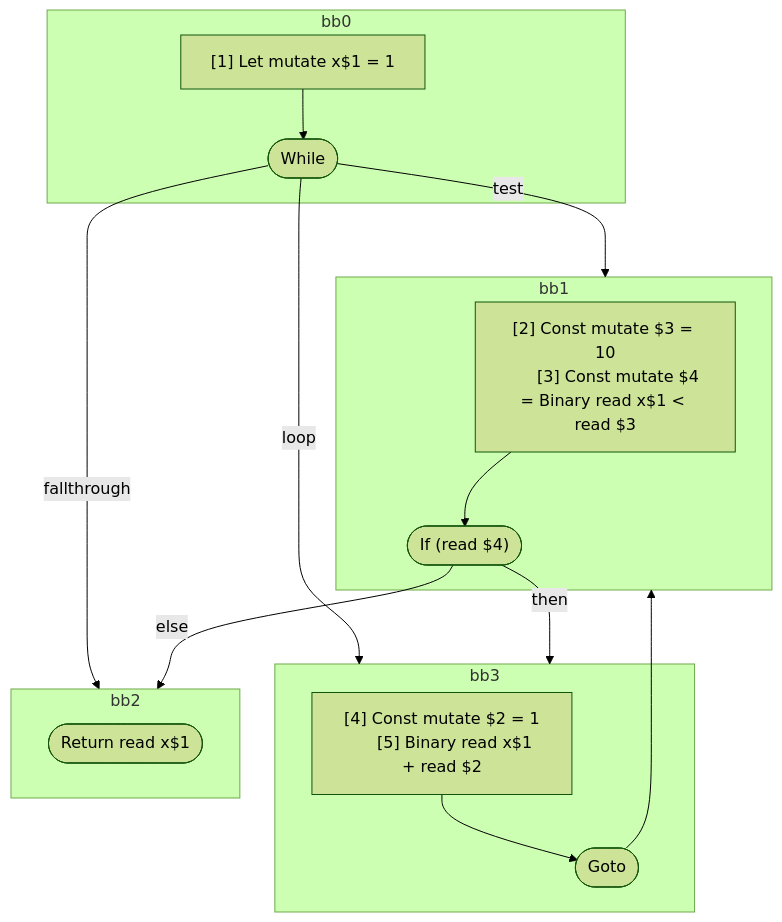
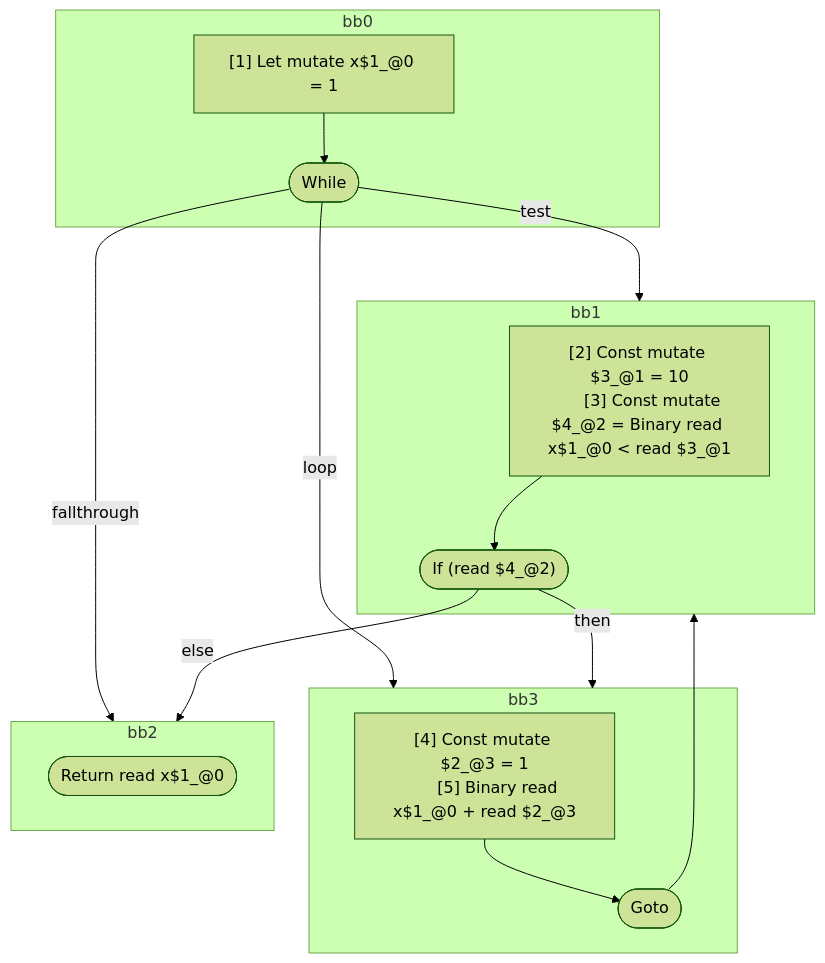
One commit to wutsmog/private changed the diagram in compiler/forget/src/__tests__/fixtures/hir/ssa-while-no-reassign.expect.md. Above: the diagram before and after it, drawn with Mermaid (forest theme). The commit also changed other lines of this file and 60 other files, not shown here.

````diff
--- a/compiler/forget/src/__tests__/fixtures/hir/ssa-while-no-reassign.expect.md
+++ b/compiler/forget/src/__tests__/fixtures/hir/ssa-while-no-reassign.expect.md
@@ -39,36 +39,36 @@
 ```mermaid
 flowchart TB
   %% Basic Blocks
   subgraph bb0
     bb0_instrs["
-      [1] Let mutate x$1 = 1
+      [1] Let mutate x$1_@0 = 1
     "]
     bb0_instrs --> bb0_terminal(["While"])
   end
   subgraph bb1
     bb1_instrs["
-      [2] Const mutate $3 = 10
-      [3] Const mutate $4 = Binary read x$1 < read $3
+      [2] Const mutate $3_@1 = 10
+      [3] Const mutate $4_@2 = Binary read x$1_@0 < read $3_@1
     "]
-    bb1_instrs --> bb1_terminal(["If (read $4)"])
+    bb1_instrs --> bb1_terminal(["If (read $4_@2)"])
   end
   subgraph bb3
     bb3_instrs["
-      [4] Const mutate $2 = 1
-      [5] Binary read x$1 + read $2
+      [4] Const mutate $2_@3 = 1
+      [5] Binary read x$1_@0 + read $2_@3
     "]
     bb3_instrs --> bb3_terminal(["Goto"])
   end
   subgraph bb2
-    bb2_terminal(["Return read x$1"])
+    bb2_terminal(["Return read x$1_@0"])
   end
 
   %% Jumps
   bb0_terminal -- test --> bb1
   bb0_terminal -- loop --> bb3
   bb0_terminal -- fallthrough --> bb2
   bb1_terminal -- then --> bb3
   bb1_terminal -- else --> bb2
   bb3_terminal --> bb1
 
 ```
````
